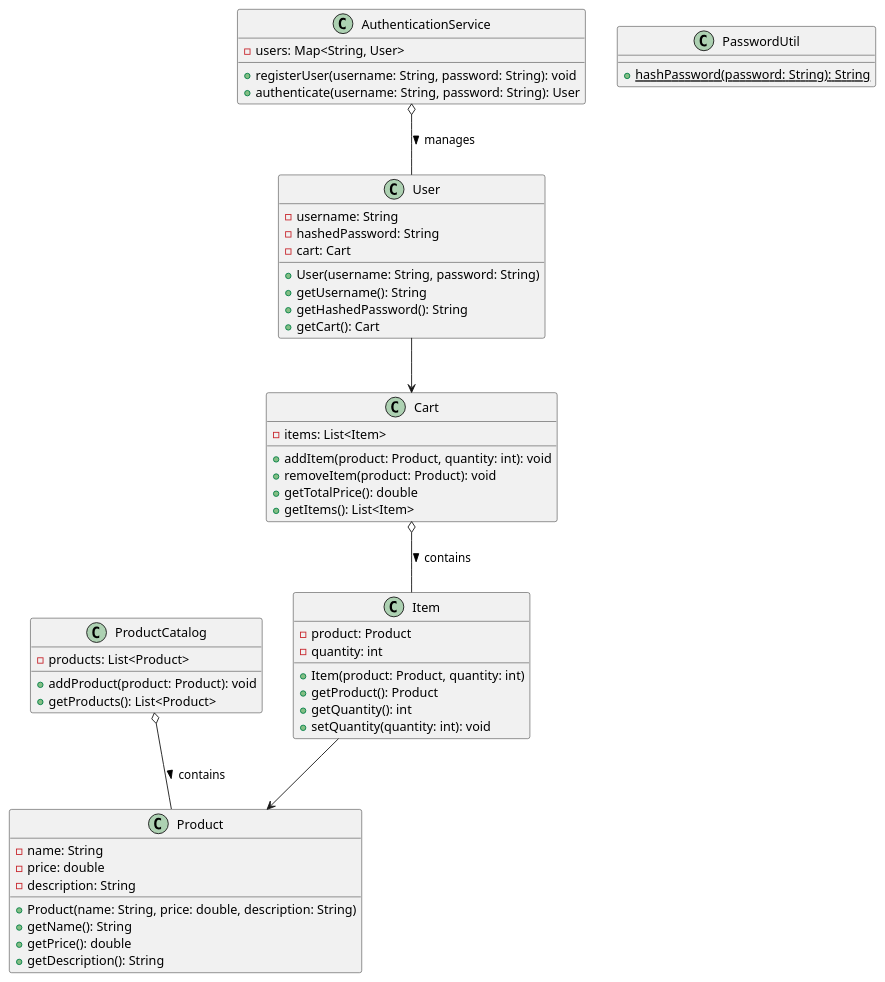
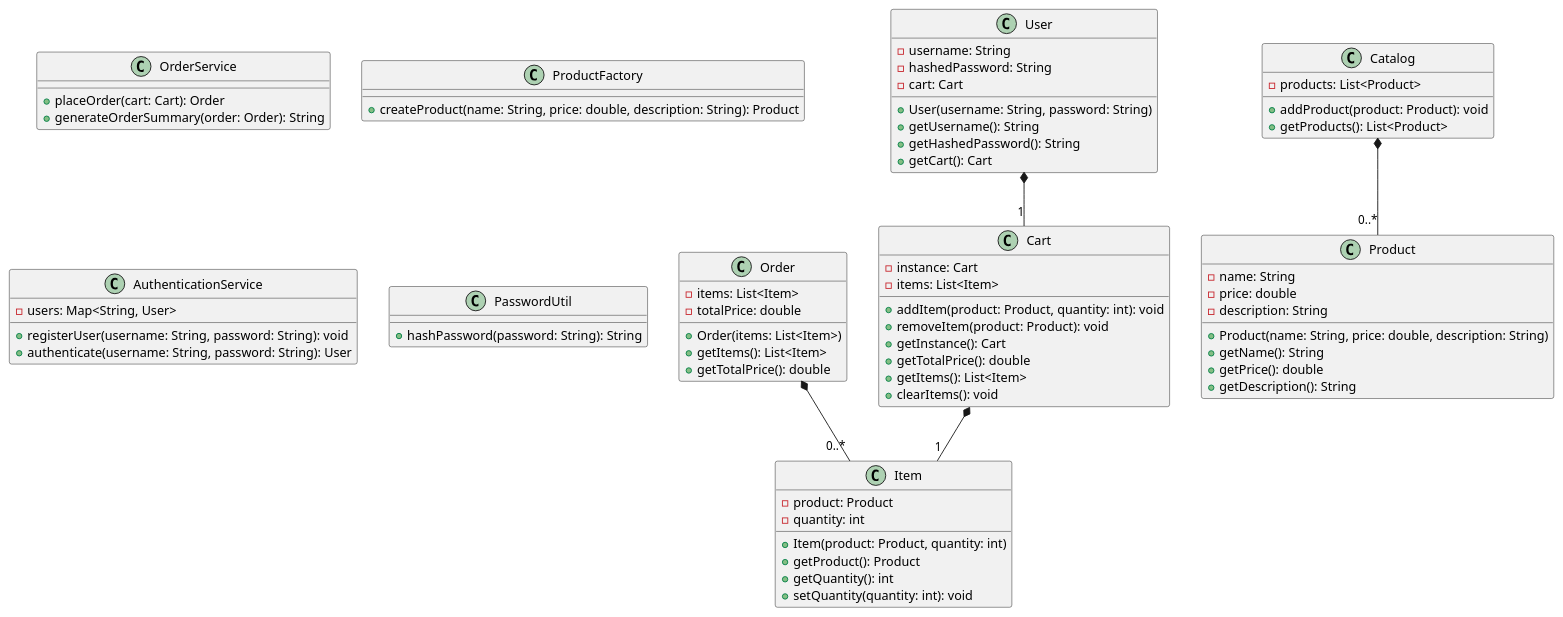
One commit to mplaczek99/SE450-Final changed the diagram in plantuml.puml. Above: the diagram before and after it, drawn with PlantUML. The commit also changed 7 other files, not shown here.

Commit message:
Restructured Java Code & Updated plantuml.puml

```diff
--- a/plantuml.puml
+++ b/plantuml.puml
@@ -1,62 +1,81 @@
 @startuml
 
+class Cart {
+  -instance: Cart
+  -items: List<Item>
+  +addItem(product: Product, quantity: int): void
+  +removeItem(product: Product): void
+  +getInstance(): Cart
+  +getTotalPrice(): double
+  +getItems(): List<Item>
+  +clearItems(): void
+}
+
+class Catalog {
+  -products: List<Product>
+  +addProduct(product: Product): void
+  +getProducts(): List<Product>
+}
+
+class Item {
+  -product: Product
+  -quantity: int
+  +Item(product: Product, quantity: int)
+  +getProduct(): Product
+  +getQuantity(): int
+  +setQuantity(quantity: int): void
+}
+
+class Order {
+  -items: List<Item>
+  -totalPrice: double
+  +Order(items: List<Item>)
+  +getItems(): List<Item>
+  +getTotalPrice(): double
+}
+
+class OrderService {
+  +placeOrder(cart: Cart): Order
+  +generateOrderSummary(order: Order): String
+}
+
+class Product {
+  -name: String
+  -price: double
+  -description: String
+  +Product(name: String, price: double, description: String)
+  +getName(): String
+  +getPrice(): double
+  +getDescription(): String
+}
+
+class ProductFactory {
+  +createProduct(name: String, price: double, description: String): Product
+}
+
 class User {
-    -username: String
-    -hashedPassword: String
-    -cart: Cart
-    +User(username: String, password: String)
-    +getUsername(): String
-    +getHashedPassword(): String
-    +getCart(): Cart
+  -username: String
+  -hashedPassword: String
+  -cart: Cart
+  +User(username: String, password: String)
+  +getUsername(): String
+  +getHashedPassword(): String
+  +getCart(): Cart
 }
 
 class AuthenticationService {
-    -users: Map<String, User>
-    +registerUser(username: String, password: String): void
-    +authenticate(username: String, password: String): User
-}
-
-class Product {
-    -name: String
-    -price: double
-    -description: String
-    +Product(name: String, price: double, description: String)
-    +getName(): String
-    +getPrice(): double
-    +getDescription(): String
-}
-
-class ProductCatalog {
-    -products: List<Product>
-    +addProduct(product: Product): void
-    +getProducts(): List<Product>
-}
-
-class Item {
-    -product: Product
-    -quantity: int
-    +Item(product: Product, quantity: int)
-    +getProduct(): Product
-    +getQuantity(): int
-    +setQuantity(quantity: int): void
-}
-
-class Cart {
-    -items: List<Item>
-    +addItem(product: Product, quantity: int): void
-    +removeItem(product: Product): void
-    +getTotalPrice(): double
-    +getItems(): List<Item>
+  -users: Map<String, User>
+  +registerUser(username: String, password: String): void
+  +authenticate(username: String, password: String): User
 }
 
 class PasswordUtil {
-    {static} +hashPassword(password: String): String
+  +hashPassword(password: String): String
 }
 
-User --> Cart
-AuthenticationService o-- User : manages >
-ProductCatalog o-- Product : contains >
-Cart o-- Item : contains >
-Item --> Product
+Cart *-- "1" Item
+Catalog *-- "0..*" Product
+Order *-- "0..*" Item
+User *-- "1" Cart
 
 @enduml
```
